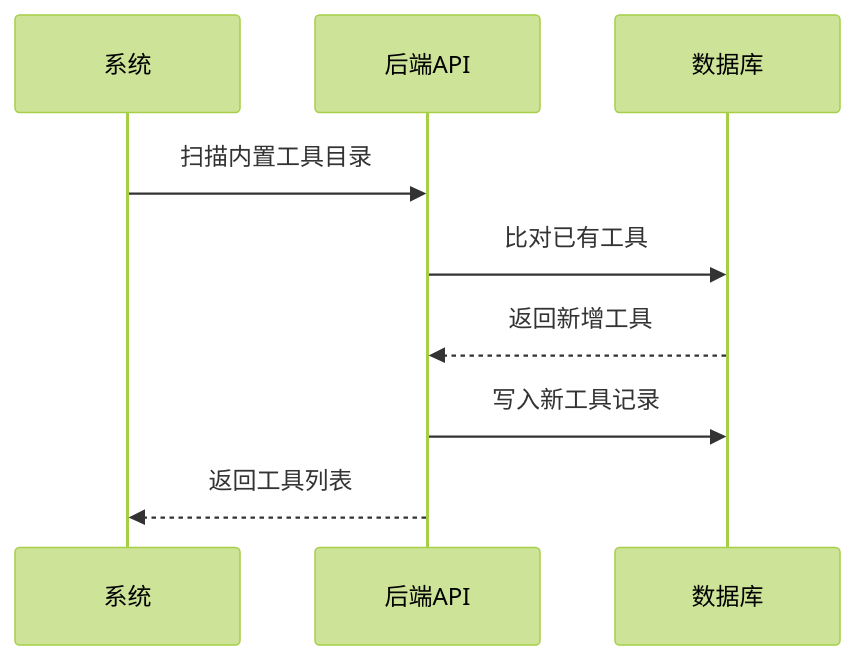
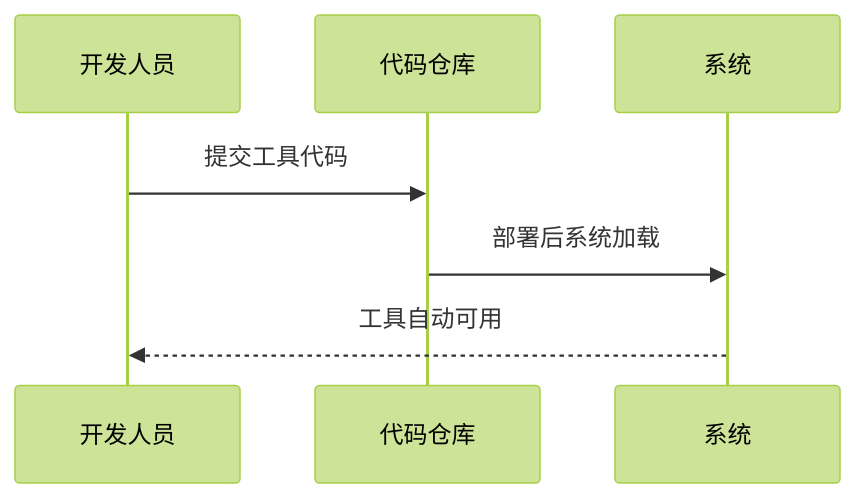
The ninth of 26 diagrams in docs/需求文档/20260709-【PRD】AI工作台-首页智能体-天马智擎.md (fri555/PORTL), drawn with Mermaid (forest theme) before and after one commit. The commit also changed other lines of this file, not shown here.

````diff
--- a/docs/需求文档/20260709-【PRD】AI工作台-首页智能体-天马智擎.md
+++ b/docs/需求文档/20260709-【PRD】AI工作台-首页智能体-天马智擎.md
@@ -659,12 +632,10 @@
 ```mermaid
 sequenceDiagram
+    participant D as 开发人员
+    participant C as 代码仓库
     participant S as 系统
-    participant API as 后端API
-    participant DB as 数据库
     
-    S->>API: 扫描内置工具目录
-    API->>DB: 比对已有工具
-    DB-->>API: 返回新增工具
-    API->>DB: 写入新工具记录
-    API-->>S: 返回工具列表
+    D->>C: 提交工具代码
+    C->>S: 部署后系统加载
+    S-->>D: 工具自动可用
 ```
````
